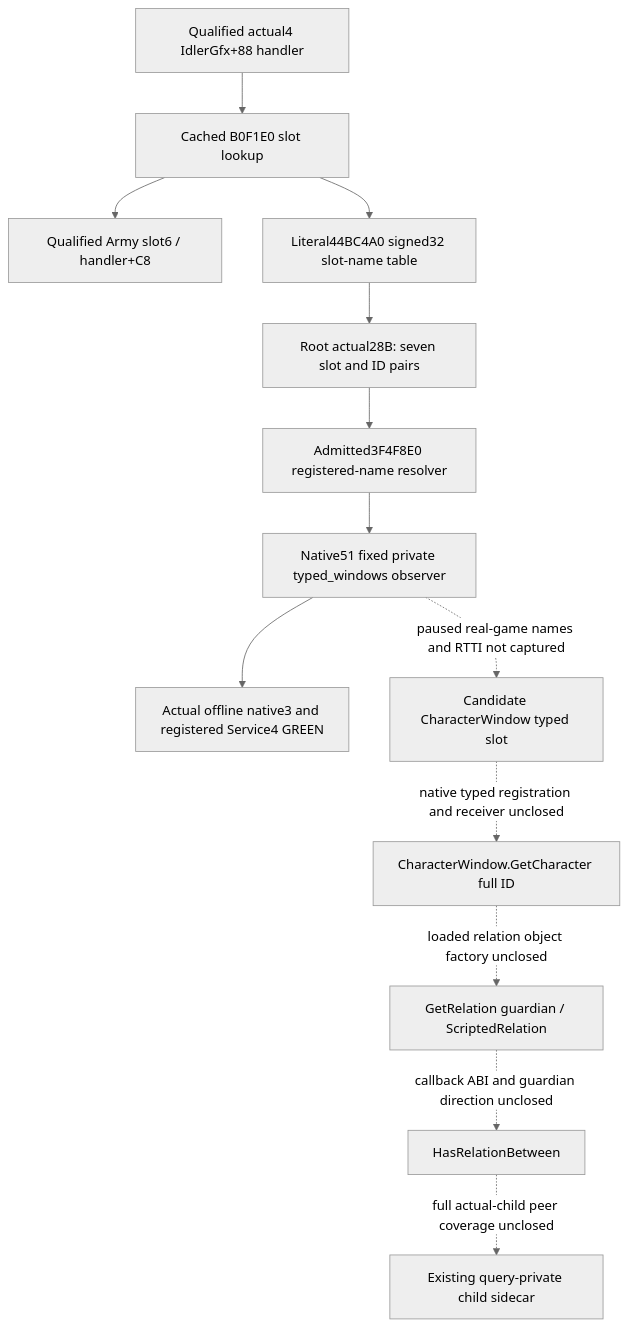
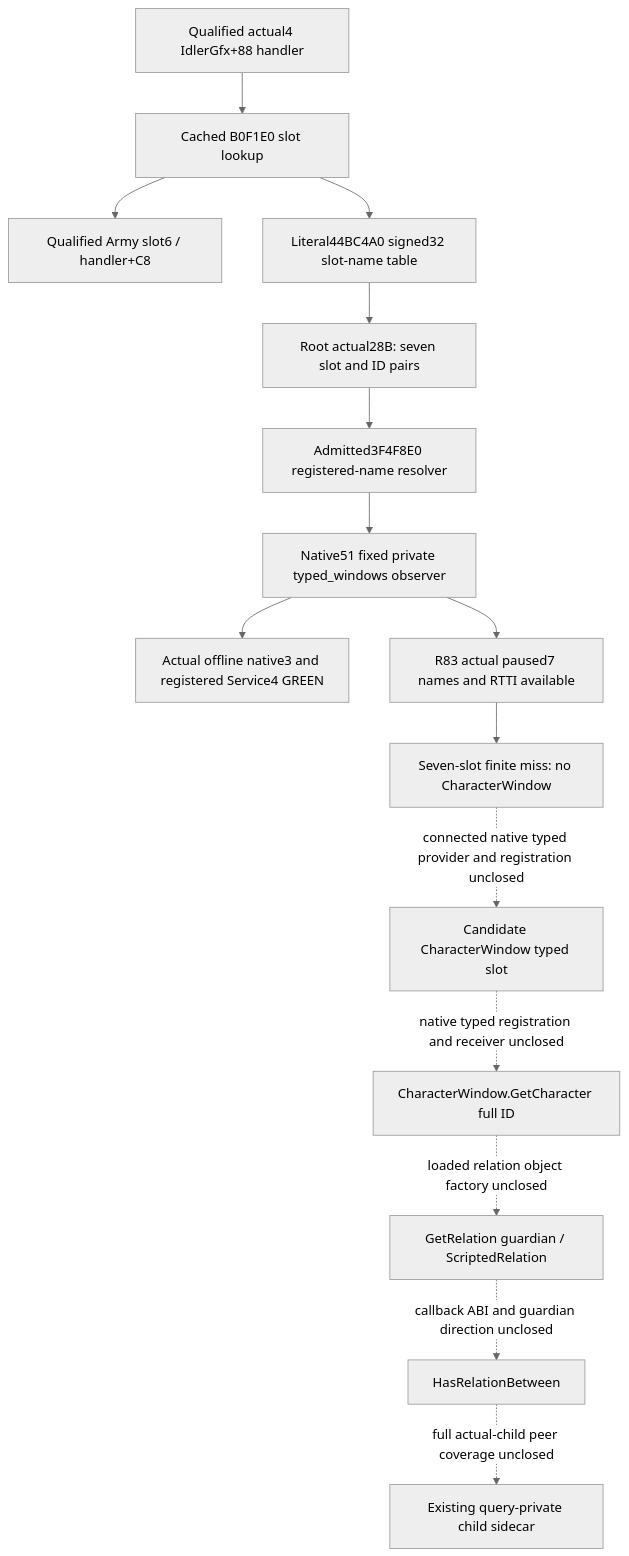
The diagram in docs/ck3-native-ai/character-window-guardian-native-provider-12004.md (XenoAmess/ck3_eternal_recurrence), drawn with Mermaid (neutral theme) before and after one commit. The commit also changed other lines of this file, not shown here.

Commit message:
Record R83 paused fixed-window observation and finite miss

````diff
--- a/docs/ck3-native-ai/character-window-guardian-native-provider-12004.md
+++ b/docs/ck3-native-ai/character-window-guardian-native-provider-12004.md
@@ -191,15 +232,17 @@
 ```mermaid
 flowchart TD
   I[Qualified actual4 IdlerGfx+88 handler] --> S[Cached B0F1E0 slot lookup]
   S --> A[Qualified Army slot6 / handler+C8]
   S --> T[Literal44BC4A0 signed32 slot-name table]
   T --> P[Root actual28B: seven slot and ID pairs]
   P --> N[Admitted3F4F8E0 registered-name resolver]
   N --> D[Native51 fixed private typed_windows observer]
   D --> F[Actual offline native3 and registered Service4 GREEN]
-  D -. paused real-game names and RTTI not captured .-> C[Candidate CharacterWindow typed slot]
+  D --> L[R83 actual paused7 names and RTTI available]
+  L --> M[Seven-slot finite miss: no CharacterWindow]
+  M -. connected native typed provider and registration unclosed .-> C[Candidate CharacterWindow typed slot]
   C -. native typed registration and receiver unclosed .-> G[CharacterWindow.GetCharacter full ID]
   G -. loaded relation object factory unclosed .-> R[GetRelation guardian / ScriptedRelation]
   R -. callback ABI and guardian direction unclosed .-> H[HasRelationBetween]
   H -. full actual-child peer coverage unclosed .-> O[Existing query-private child sidecar]
 ```
````
